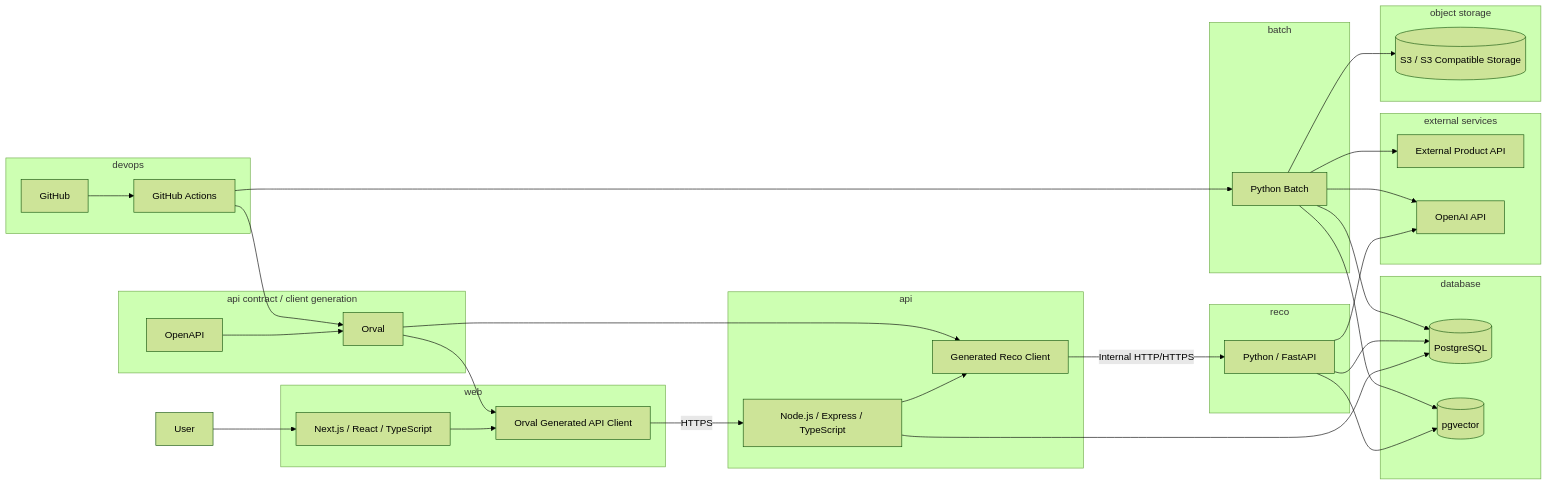
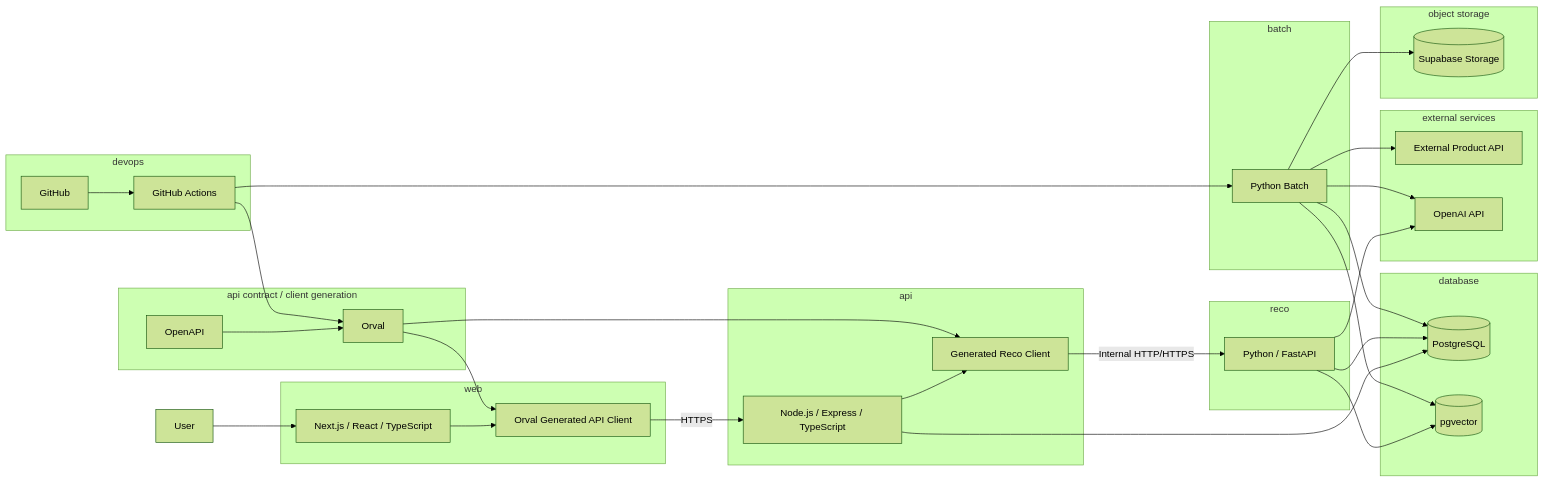
Before and after one commit to ryo-chan-k6/GiftRecommendAPP_MVP_CYCLE_3: the diagram in docs/05_アプリケーション設計/基盤/利用技術スタック整理表.md, drawn with Mermaid (forest theme). The commit also changed other lines of this file and 3 other files, not shown here.

````diff
--- a/docs/05_アプリケーション設計/基盤/利用技術スタック整理表.md
+++ b/docs/05_アプリケーション設計/基盤/利用技術スタック整理表.md
@@ -107,73 +107,73 @@
 ```mermaid
 flowchart LR
 
     User[User]
 
     subgraph WEB[web]
         Next[Next.js / React / TypeScript]
         GeneratedClient[Orval Generated API Client]
     end
 
     subgraph API[api]
         Express[Node.js / Express / TypeScript]
         RecoClient[Generated Reco Client]
     end
 
     subgraph RECO[reco]
         FastAPI[Python / FastAPI]
     end
 
     subgraph BATCH[batch]
         PyBatch[Python Batch]
     end
 
     subgraph DB[database]
         PG[(PostgreSQL)]
         PGV[(pgvector)]
     end
 
     subgraph OBJ[object storage]
-        S3[(S3 / S3 Compatible Storage)]
+        Storage[(Supabase Storage)]
     end
 
     subgraph EXT[external services]
         Rakuten[External Product API]
         OpenAI[OpenAI API]
     end
 
     subgraph CONTRACT[api contract / client generation]
         OpenAPI[OpenAPI]
         Orval[Orval]
     end
 
     subgraph DEVOPS[devops]
         GH[GitHub]
         GHA[GitHub Actions]
     end
 
     User --> Next
     Next --> GeneratedClient
     GeneratedClient -->|HTTPS| Express
 
     Express --> RecoClient
     RecoClient -->|Internal HTTP/HTTPS| FastAPI
     Express --> PG
 
     FastAPI --> PG
     FastAPI --> PGV
     FastAPI --> OpenAI
 
     PyBatch --> Rakuten
-    PyBatch --> S3
+    PyBatch --> Storage
     PyBatch --> PG
     PyBatch --> PGV
     PyBatch --> OpenAI
 
     OpenAPI --> Orval
     Orval --> GeneratedClient
     Orval --> RecoClient
 
     GH --> GHA
     GHA --> Orval
     GHA --> PyBatch
 ```
````
